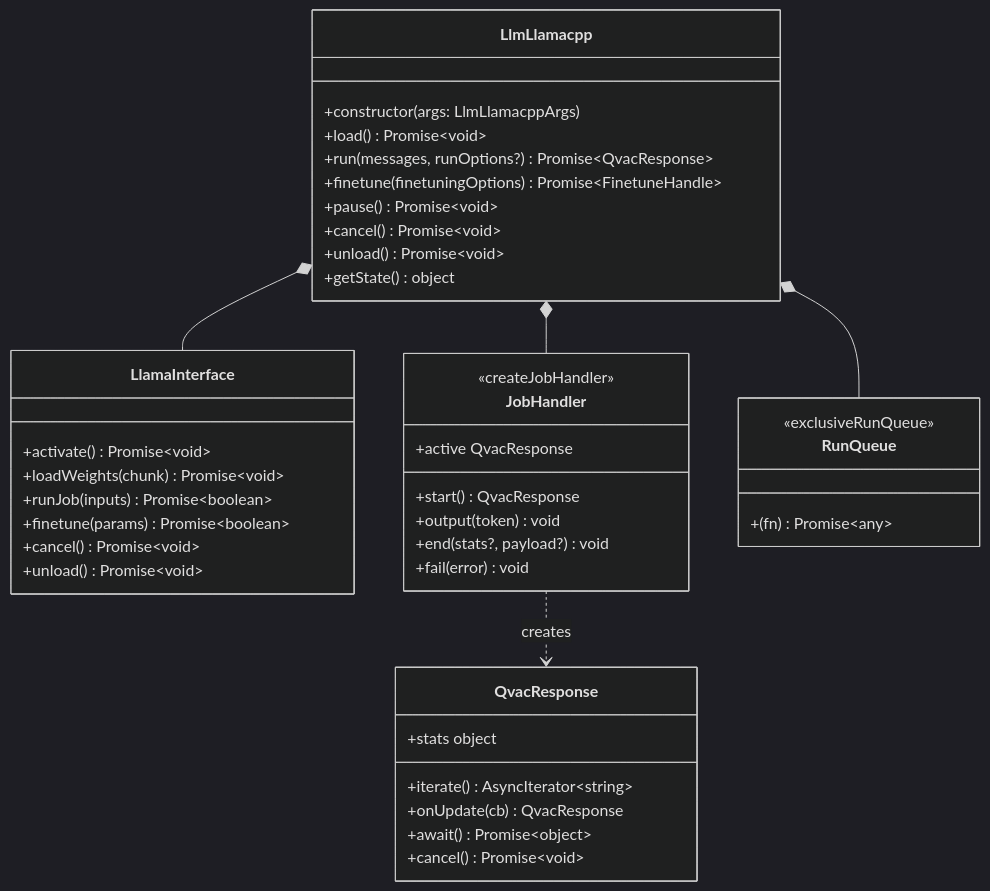
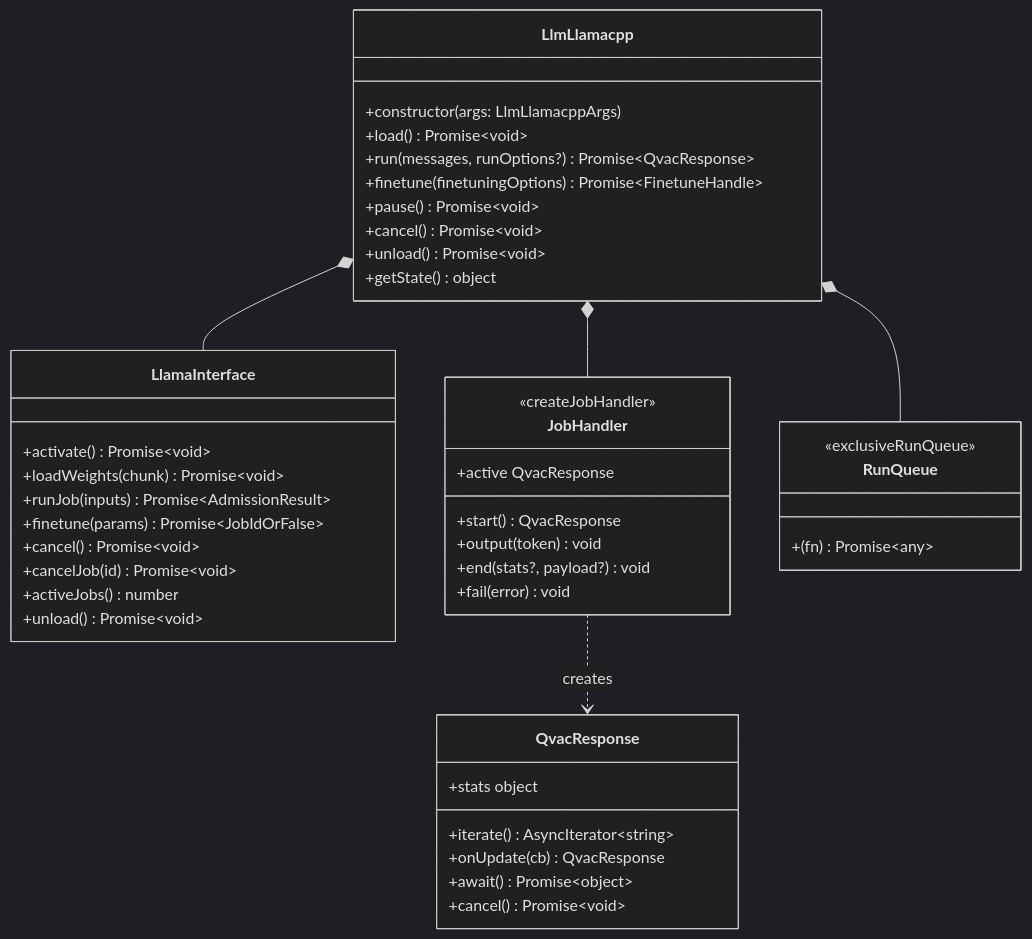
One commit to tetherto/qvac changed the second of 4 diagrams in packages/llm-llamacpp/docs/architecture.md. Above: the diagram before and after it, drawn with Mermaid (dark theme). The commit also changed other lines of this file and 1 other file, not shown here.

Commit message:
doc: refresh stale multi-job flow diagrams in continuous-batching and architecture docs

````diff
--- a/packages/llm-llamacpp/docs/architecture.md
+++ b/packages/llm-llamacpp/docs/architecture.md
@@ -160,49 +160,51 @@
 ```mermaid
 classDiagram
     class LlmLlamacpp {
         +constructor(args: LlmLlamacppArgs)
         +load() Promise~void~
         +run(messages, runOptions?) Promise~QvacResponse~
         +finetune(finetuningOptions) Promise~FinetuneHandle~
         +pause() Promise~void~
         +cancel() Promise~void~
         +unload() Promise~void~
         +getState() object
     }
 
     class LlamaInterface {
         +activate() Promise~void~
         +loadWeights(chunk) Promise~void~
-        +runJob(inputs) Promise~boolean~
-        +finetune(params) Promise~boolean~
+        +runJob(inputs) Promise~AdmissionResult~
+        +finetune(params) Promise~JobIdOrFalse~
         +cancel() Promise~void~
+        +cancelJob(id) Promise~void~
+        +activeJobs() number
         +unload() Promise~void~
     }
 
     class JobHandler {
         <<createJobHandler>>
         +start() QvacResponse
         +output(token) void
         +end(stats?, payload?) void
         +fail(error) void
         +active QvacResponse
     }
 
     class RunQueue {
         <<exclusiveRunQueue>>
         +(fn) Promise~any~
     }
 
     class QvacResponse {
         +iterate() AsyncIterator~string~
         +onUpdate(cb) QvacResponse
         +await() Promise~object~
         +cancel() Promise~void~
         +stats object
     }
 
     LlmLlamacpp *-- LlamaInterface
     LlmLlamacpp *-- JobHandler
     LlmLlamacpp *-- RunQueue
     JobHandler ..> QvacResponse : creates
 ```
````
